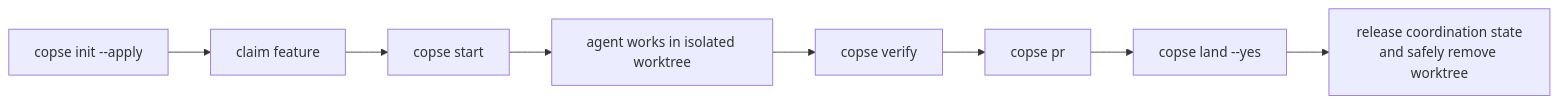
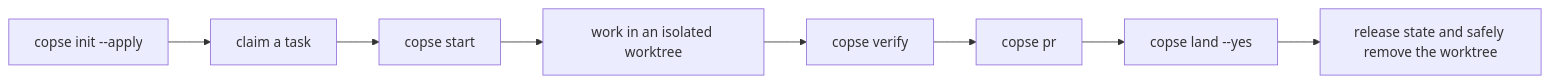
One commit to AaronLPS/copse changed the second of 2 diagrams in README.md. Above: the diagram before and after it, drawn with Mermaid. The commit also changed other lines of this file, not shown here.

Commit message:
docs: clarify copse workflow

````diff
--- a/README.md
+++ b/README.md
@@ -64,10 +253,10 @@
 ```mermaid
 flowchart LR
-    I["copse init --apply"] --> C["claim feature"]
+    I["copse init --apply"] --> C["claim a task"]
     C --> S["copse start"]
-    S --> W["agent works in isolated worktree"]
+    S --> W["work in an isolated worktree"]
     W --> V["copse verify"]
     V --> P["copse pr"]
     P --> L["copse land --yes"]
-    L --> D["release coordination state<br/>and safely remove worktree"]
+    L --> D["release state and safely remove the worktree"]
 ```
````
